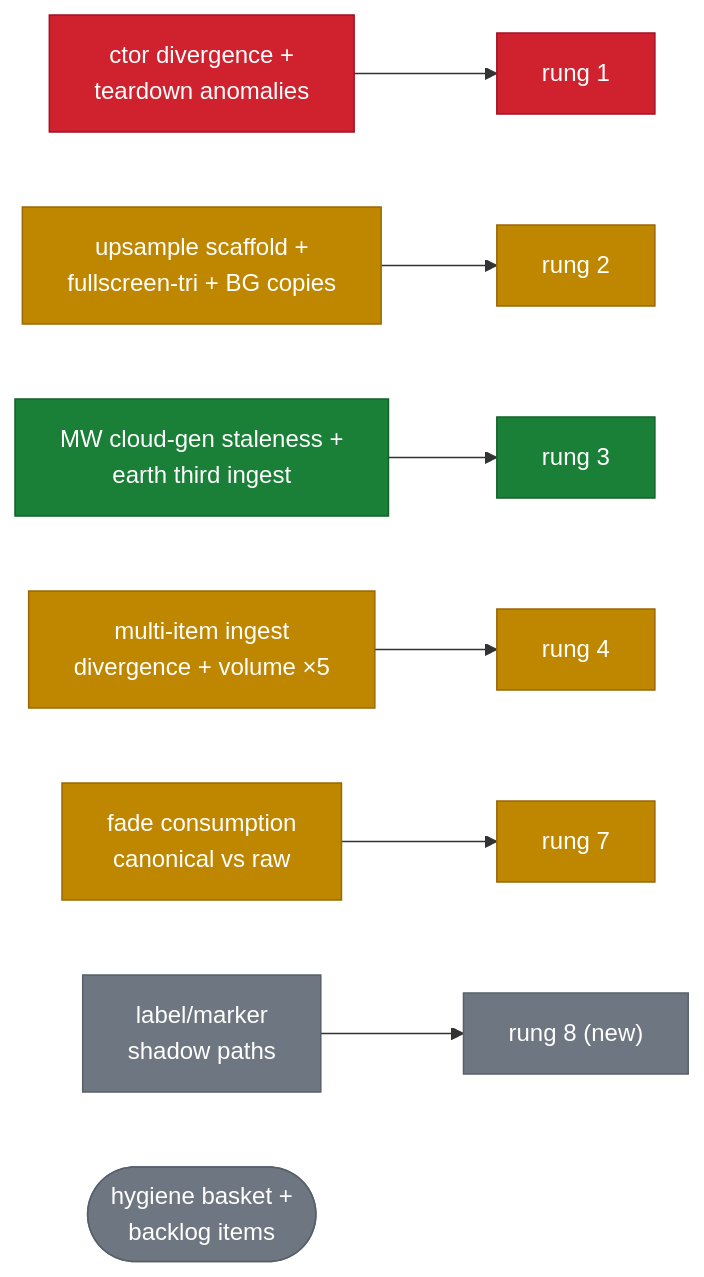
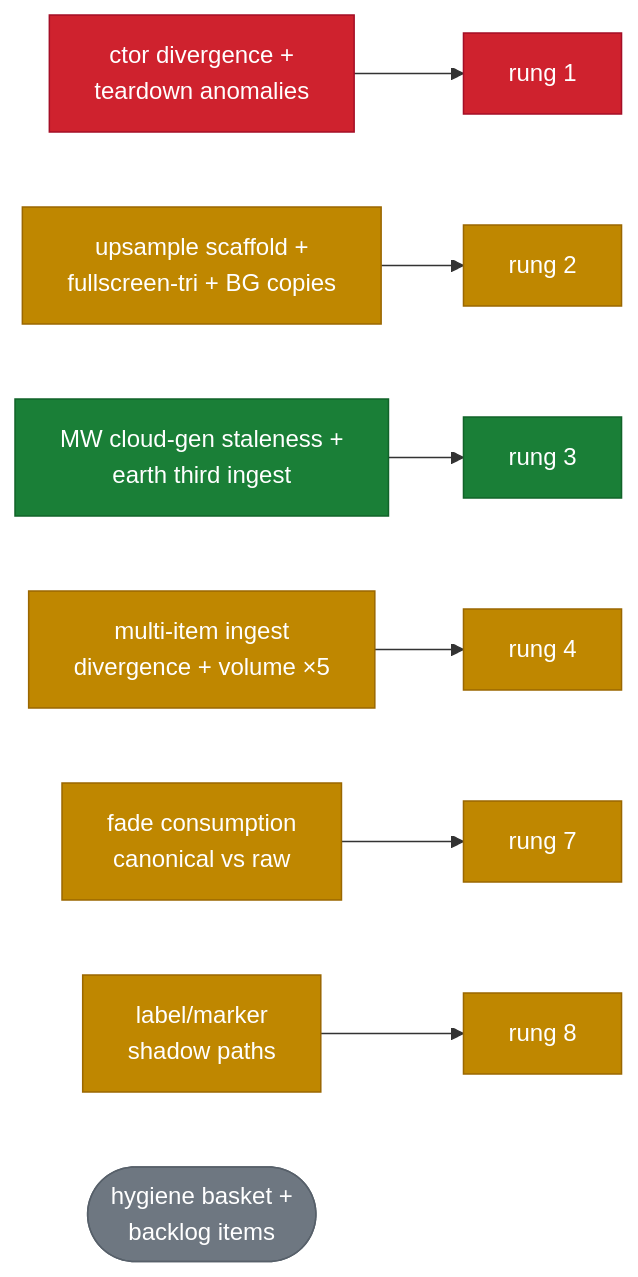
Before and after one commit to rulkens/skymap: the diagram in docs/research/engine/renderer-layer-outliers.md, drawn with Mermaid. The commit also changed other lines of this file and 1 other file, not shown here.

First line of the commit message:
docs(engine): fix stale rung-8 claims found in review round 1

````diff
--- a/docs/research/engine/renderer-layer-outliers.md
+++ b/docs/research/engine/renderer-layer-outliers.md
@@ -184,20 +188,19 @@
 ```mermaid
 flowchart LR
     F1["ctor divergence +<br/>teardown anomalies"] --> R1["rung 1"]
     F2["upsample scaffold +<br/>fullscreen-tri + BG copies"] --> R2["rung 2"]
     F3["MW cloud-gen staleness +<br/>earth third ingest"] --> R3["rung 3"]
     F4["multi-item ingest<br/>divergence + volume ×5"] --> R4["rung 4"]
     F5["fade consumption<br/>canonical vs raw"] --> R7["rung 7"]
-    F6["label/marker<br/>shadow paths"] --> R8["rung 8 (new)"]
+    F6["label/marker<br/>shadow paths"] --> R8["rung 8"]
     HYG(["hygiene basket +<br/>backlog items"])
     classDef good fill:#1a7f37,stroke:#116329,color:#ffffff
     classDef warn fill:#bf8700,stroke:#9a6700,color:#ffffff
     classDef bad fill:#cf222e,stroke:#a40e26,color:#ffffff
     classDef out fill:#6e7781,stroke:#57606a,color:#ffffff
     class F1,R1 bad
-    class F2,R2,F5,R7 warn
+    class F2,R2,F5,R7,F6,R8 warn
     class F3,R3 good
     class F4,R4 warn
-    class F6,R8 out
     class HYG out
 ```
````
